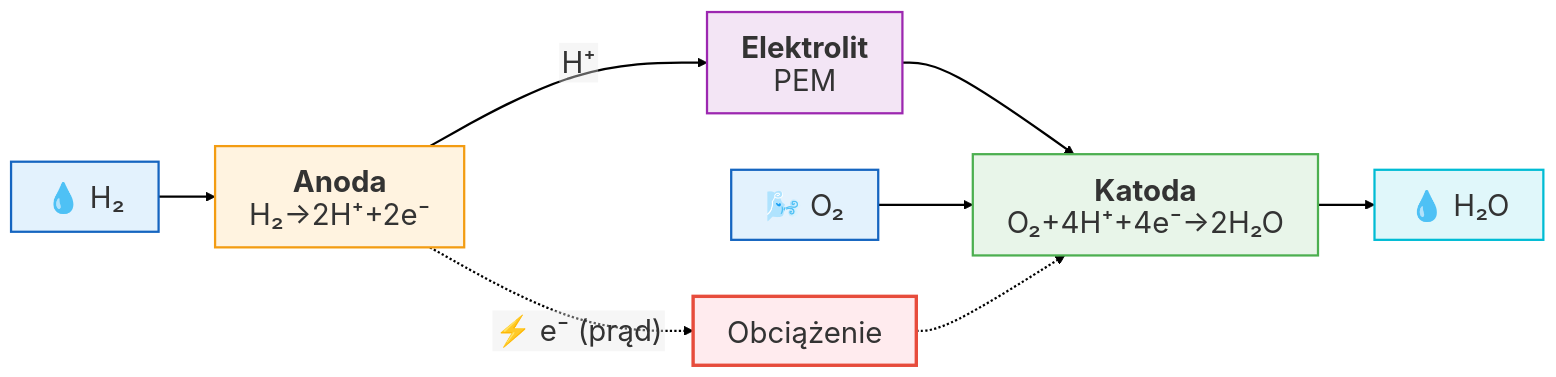
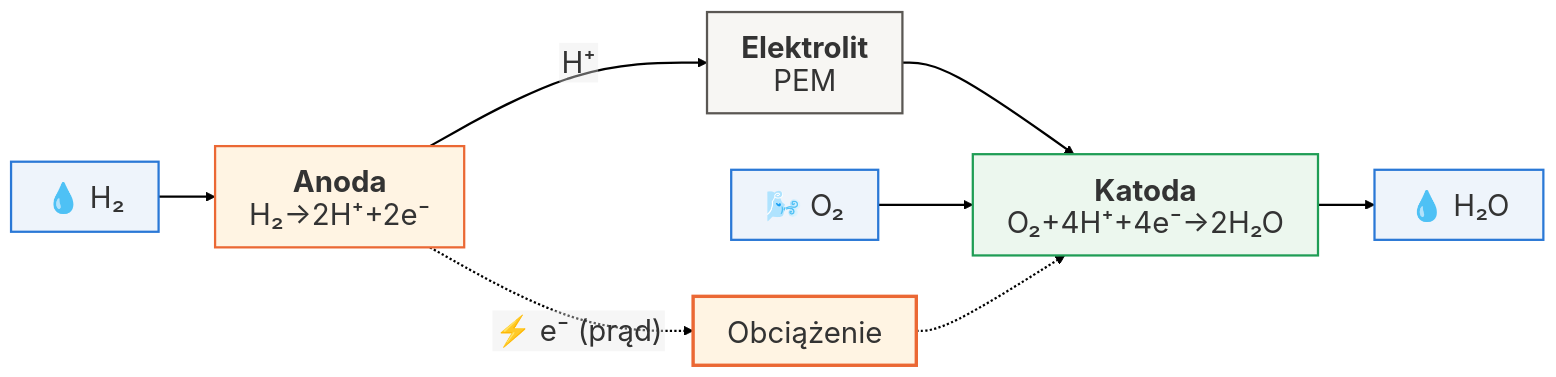
One commit to moondec/Termodynamika changed the fifth of 6 diagrams in Wyklady/15_Spalanie_Egzergia.qmd. Above: the diagram before and after it, drawn with Mermaid. The commit also changed other lines of this file and 229 other files, not shown here.

````diff
--- a/Wyklady/15_Spalanie_Egzergia.qmd
+++ b/Wyklady/15_Spalanie_Egzergia.qmd
@@ -345,25 +332,25 @@
 ```{mermaid}
 %%| fig-align: center
 
 %%{init: {'theme': 'default', 'flowchart': {'htmlLabels': false, 'wrappingWidth': 400, 'subGraphTitleMargin': {'top': 6, 'bottom': 16}}, 'themeVariables': {'fontSize': '26px', 'fontFamily': 'Arial, Helvetica, sans-serif'}, 'htmlLabels': false}}%%
 flowchart LR
     H2["💧 H₂"] --> A["`**Anoda**
 H₂→2H⁺+2e⁻`"]
     A -.->|"⚡ e⁻ (prąd)"| LOAD["Obciążenie"]
     A -->|"H⁺"| E["`**Elektrolit**
 PEM`"]
     E --> C["`**Katoda**
 O₂+4H⁺+4e⁻→2H₂O`"]
     O2["🌬️ O₂"] --> C
     LOAD -.-> C
     C --> W["💧 H₂O"]
-    
-    style H2 fill:#e3f2fd,stroke:#1565c0,stroke-width:2px
-    style A fill:#fff3e0,stroke:#f39c12,stroke-width:2px
-    style E fill:#f3e5f5,stroke:#9c27b0,stroke-width:2px
-    style C fill:#e8f5e9,stroke:#4caf50,stroke-width:2px
-    style O2 fill:#e3f2fd,stroke:#1565c0,stroke-width:2px
-    style LOAD fill:#ffebee,stroke:#e74c3c,stroke-width:3px
-    style W fill:#e0f7fa,stroke:#00bcd4,stroke-width:2px
+
+    style H2 fill:#eef4fb,stroke:#2a78d6,stroke-width:2px
+    style A fill:#fff4e3,stroke:#eb6834,stroke-width:2px
+    style E fill:#f7f6f3,stroke:#5a5753,stroke-width:2px
+    style C fill:#ecf7ee,stroke:#1f9d55,stroke-width:2px
+    style O2 fill:#eef4fb,stroke:#2a78d6,stroke-width:2px
+    style LOAD fill:#fff4e3,stroke:#eb6834,stroke-width:3px
+    style W fill:#eef4fb,stroke:#2a78d6,stroke-width:2px
     linkStyle default stroke-width:2px,fill:none,stroke:black
 ```
````
